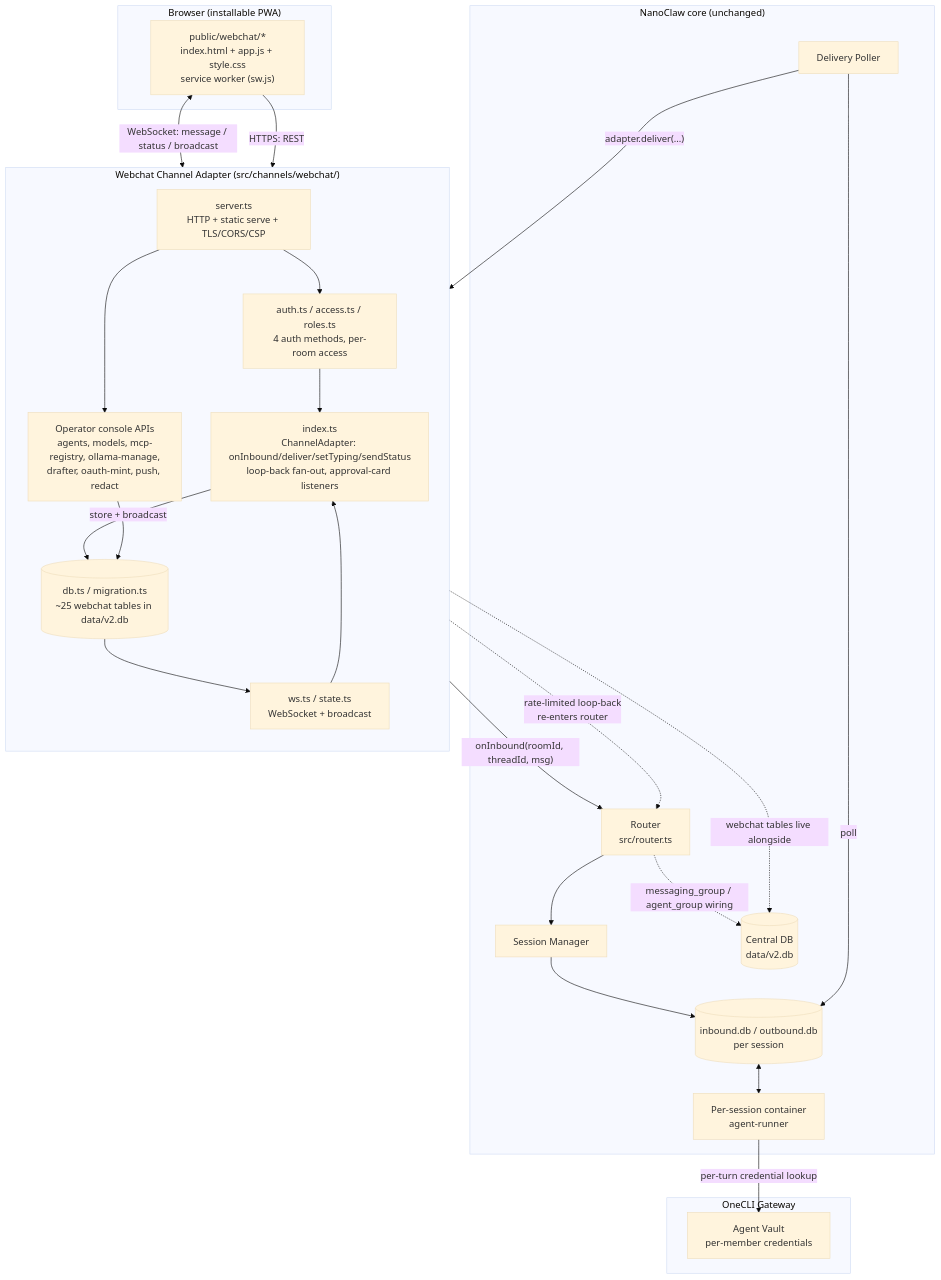
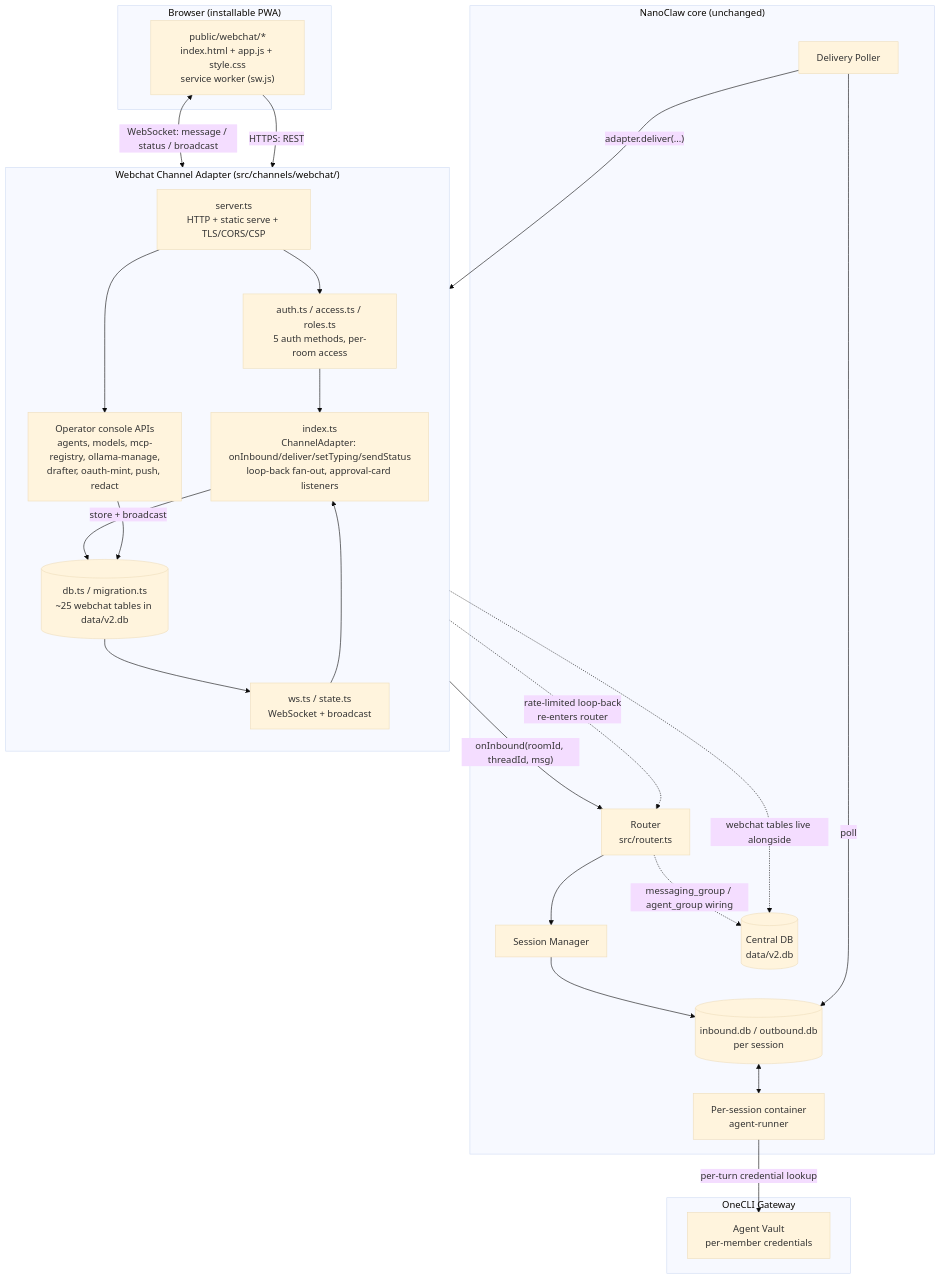
One commit to javexed/nanoclaw-webchat changed the first of 5 diagrams in app/docs/webchat/architecture-diagram.md. Above: the diagram before and after it, drawn with Mermaid (base theme). The commit also changed other lines of this file and 347 other files, not shown here.

````diff
--- a/app/docs/webchat/architecture-diagram.md
+++ b/app/docs/webchat/architecture-diagram.md
@@ -15,48 +15,48 @@
 ```mermaid
 flowchart TB
   subgraph Browser["Browser (installable PWA)"]
     UI["public/webchat/*<br/>index.html + app.js + style.css<br/>service worker (sw.js)"]
   end
 
   subgraph WebchatServer["Webchat Channel Adapter (src/channels/webchat/)"]
     direction TB
     HTTP["server.ts<br/>HTTP + static serve + TLS/CORS/CSP"]
     WS["ws.ts / state.ts<br/>WebSocket + broadcast"]
-    Auth["auth.ts / access.ts / roles.ts<br/>4 auth methods, per-room access"]
+    Auth["auth.ts / access.ts / roles.ts<br/>5 auth methods, per-room access"]
     Adapter["index.ts<br/>ChannelAdapter: onInbound/deliver/setTyping/sendStatus<br/>loop-back fan-out, approval-card listeners"]
     Console["Operator console APIs<br/>agents, models, mcp-registry, ollama-manage,<br/>drafter, oauth-mint, push, redact"]
     Db[("db.ts / migration.ts<br/>~25 webchat tables in data/v2.db")]
   end
 
   subgraph Core["NanoClaw core (unchanged)"]
     Router["Router<br/>src/router.ts"]
     SessMgr["Session Manager"]
     Session[("inbound.db / outbound.db<br/>per session")]
     Container["Per-session container<br/>agent-runner"]
     Delivery["Delivery Poller"]
     Central[("Central DB<br/>data/v2.db")]
   end
 
   subgraph OneCLI["OneCLI Gateway"]
     Vault["Agent Vault<br/>per-member credentials"]
   end
 
   UI <-->|"WebSocket: message / status / broadcast"| WS
   UI -->|"HTTPS: REST"| HTTP
   HTTP --> Auth
   HTTP --> Console
   WS --> Adapter
   Auth --> Adapter
   Adapter -->|"onInbound(roomId, threadId, msg)"| Router
   Router --> SessMgr --> Session
   Session <--> Container
   Container -->|"per-turn credential lookup"| Vault
   Delivery -->|"poll"| Session
   Delivery -->|"adapter.deliver(...)"| Adapter
   Adapter -->|"store + broadcast"| Db
   Db --> WS
   Adapter -. "rate-limited loop-back<br/>re-enters router" .-> Router
   Console --> Db
   Router -. "messaging_group / agent_group wiring" .-> Central
   Db -. "webchat tables live alongside" .-> Central
 ```
````
